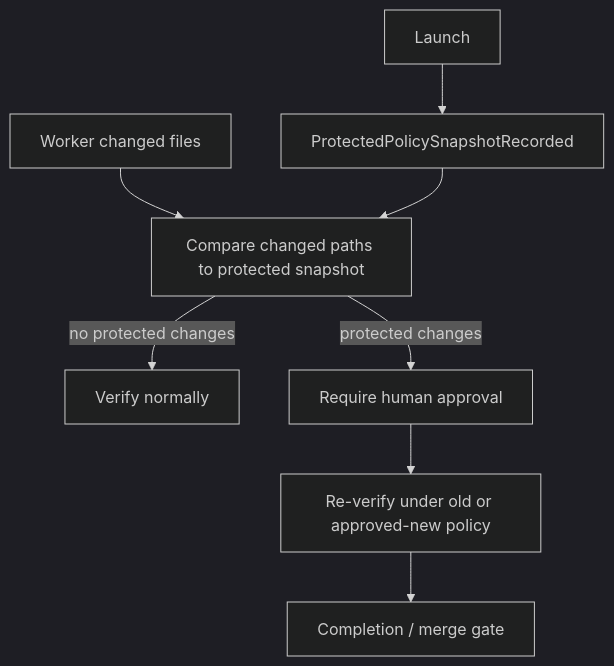
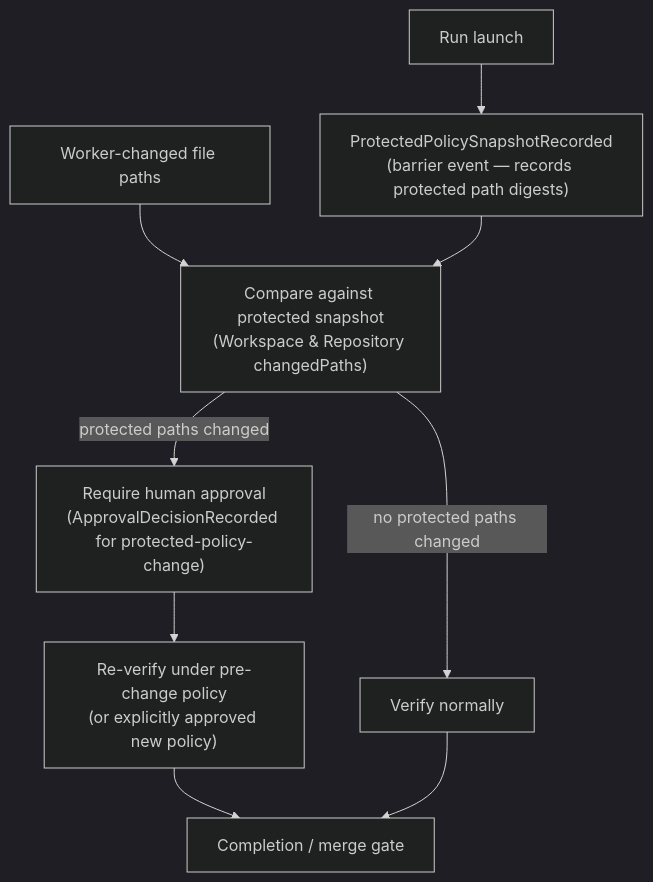
The diagram in docs/design/10-architecture/protected-policy-gate.md (aryeko/agentic-workflow-kit), drawn with Mermaid (dark theme) before and after one commit. The commit also changed other lines of this file and 46 other files, not shown here.

````diff
--- a/docs/design/10-architecture/protected-policy-gate.md
+++ b/docs/design/10-architecture/protected-policy-gate.md
@@ -11,10 +16,11 @@
 ```mermaid
 flowchart TB
-  Launch["Launch"] --> Snapshot["ProtectedPolicySnapshotRecorded"]
-  WorkerChanges["Worker changed files"] --> Compare["Compare changed paths to protected snapshot"]
+  Launch["Run launch"] --> Snapshot["ProtectedPolicySnapshotRecorded\n(barrier event — records protected path digests)"]
+  WorkerChanges["Worker-changed file paths"] --> Compare["Compare against protected snapshot\n(Workspace & Repository changedPaths)"]
   Snapshot --> Compare
-  Compare -->|no protected changes| Verify["Verify normally"]
-  Compare -->|protected changes| Approval["Require human approval"]
-  Approval --> Reverify["Re-verify under old or approved-new policy"]
+  Compare -->|no protected paths changed| Verify["Verify normally"]
+  Compare -->|protected paths changed| ApprovalRequired["Require human approval\n(ApprovalDecisionRecorded for protected-policy-change)"]
+  ApprovalRequired --> Reverify["Re-verify under pre-change policy\n(or explicitly approved new policy)"]
   Reverify --> Gate["Completion / merge gate"]
+  Verify --> Gate
 ```
````
